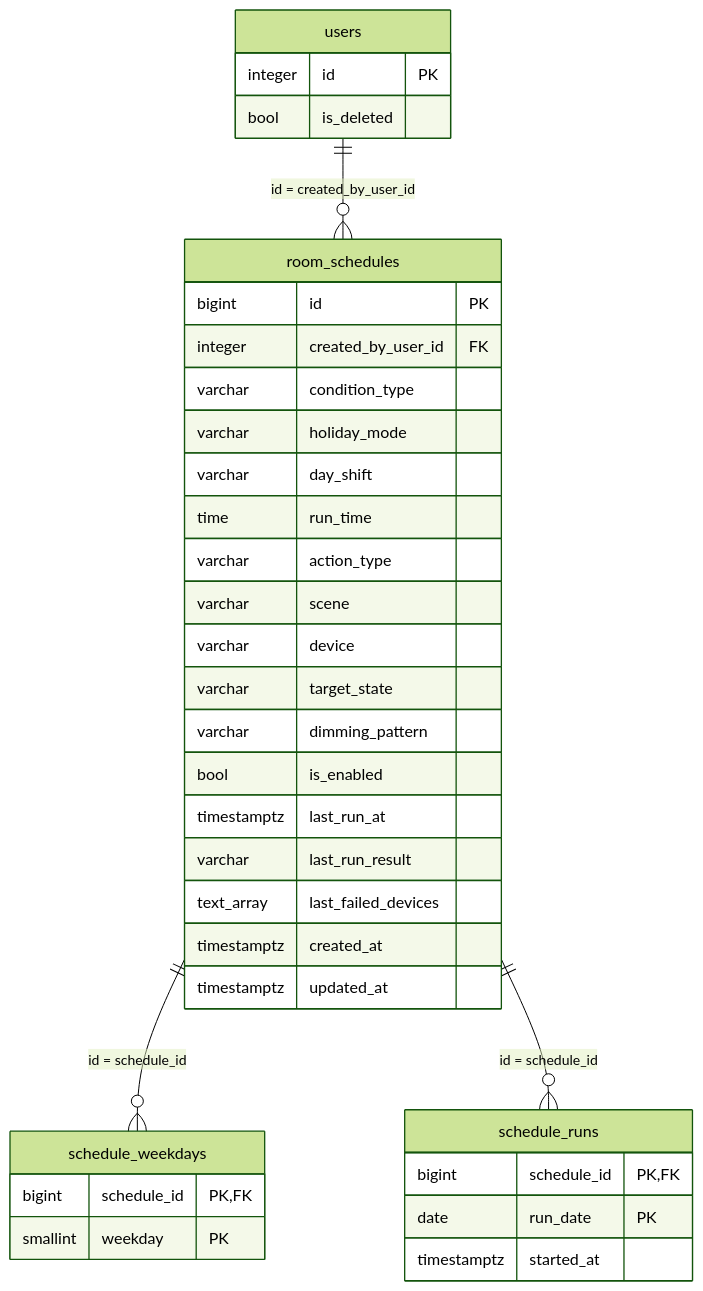
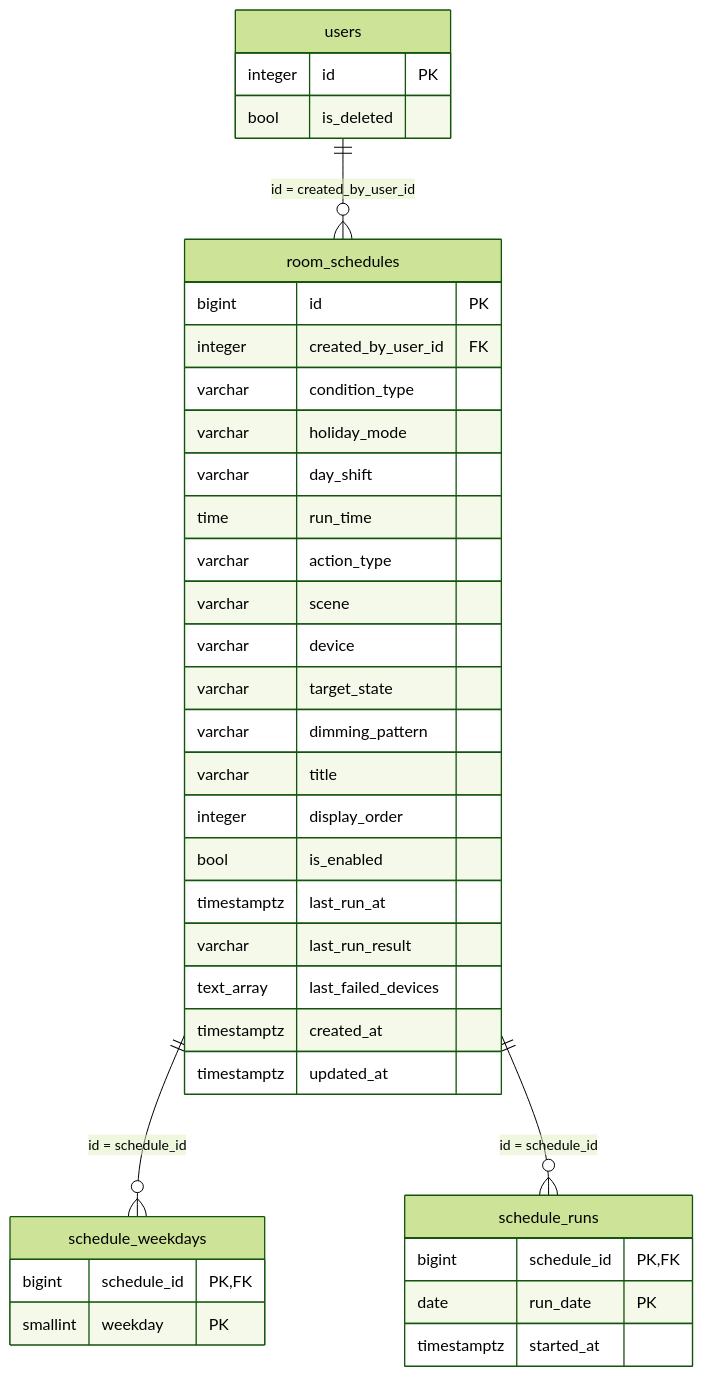
Before and after one commit to u1tym/claude_webapp: the diagram in specs/room/db-design.md, drawn with Mermaid (forest theme). The commit also changed other lines of this file and 20 other files, not shown here.

````diff
--- a/specs/room/db-design.md
+++ b/specs/room/db-design.md
@@ -24,38 +24,40 @@
 ```mermaid
 erDiagram
     users ||--o{ room_schedules : "id = created_by_user_id"
     room_schedules ||--o{ schedule_weekdays : "id = schedule_id"
     room_schedules ||--o{ schedule_runs : "id = schedule_id"
     users {
         integer id PK
         bool is_deleted
     }
     room_schedules {
         bigint id PK
         integer created_by_user_id FK
         varchar condition_type
         varchar holiday_mode
         varchar day_shift
         time run_time
         varchar action_type
         varchar scene
         varchar device
         varchar target_state
         varchar dimming_pattern
+        varchar title
+        integer display_order
         bool is_enabled
         timestamptz last_run_at
         varchar last_run_result
         text_array last_failed_devices
         timestamptz created_at
         timestamptz updated_at
     }
     schedule_weekdays {
         bigint schedule_id PK, FK
         smallint weekday PK
     }
     schedule_runs {
         bigint schedule_id PK, FK
         date run_date PK
         timestamptz started_at
     }
 ```
````
